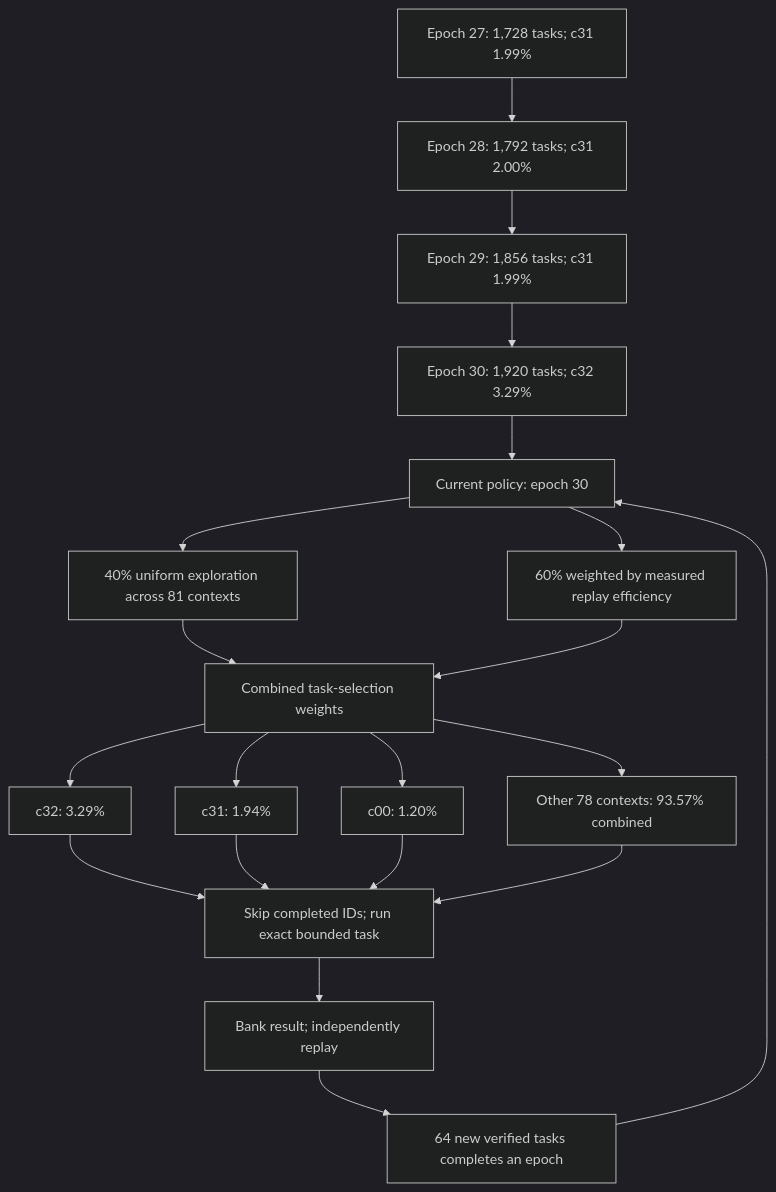
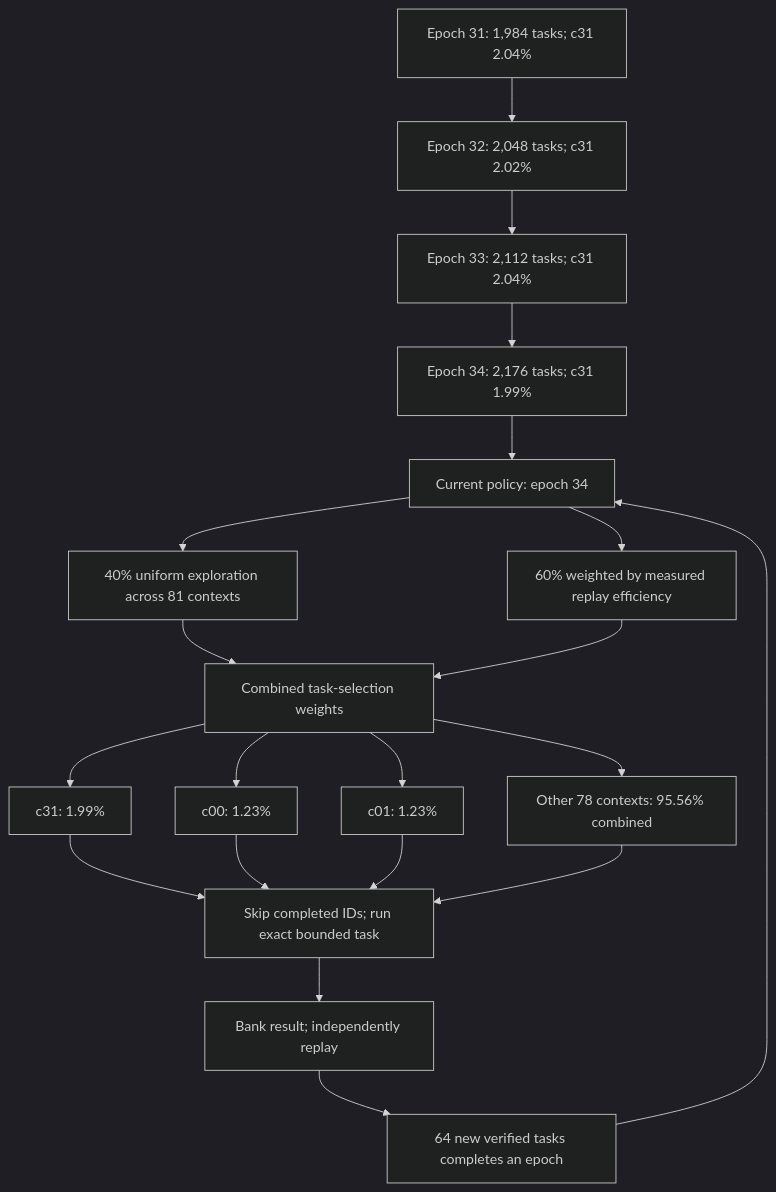
One commit to Kuberwastaken/math-gambling changed the diagram in README.md. Above: the diagram before and after it, drawn with Mermaid (dark theme). The commit also changed other lines of this file and 598 other files, not shown here.

````diff
--- a/README.md
+++ b/README.md
@@ -48,27 +48,27 @@
 ```mermaid
 flowchart TD
-    H0["Epoch 27: 1,728 tasks; c31 1.99%"]
-    H1["Epoch 28: 1,792 tasks; c31 2.00%"]
+    H0["Epoch 31: 1,984 tasks; c31 2.04%"]
+    H1["Epoch 32: 2,048 tasks; c31 2.02%"]
     H0 --> H1
-    H2["Epoch 29: 1,856 tasks; c31 1.99%"]
+    H2["Epoch 33: 2,112 tasks; c31 2.04%"]
     H1 --> H2
-    H3["Epoch 30: 1,920 tasks; c32 3.29%"]
+    H3["Epoch 34: 2,176 tasks; c31 1.99%"]
     H2 --> H3
-    Policy["Current policy: epoch 30"]
+    Policy["Current policy: epoch 34"]
     H3 --> Policy
     Policy --> Explore["40% uniform exploration across 81 contexts"]
     Policy --> Cost["60% weighted by measured replay efficiency"]
     Explore --> Mix["Combined task-selection weights"]
     Cost --> Mix
-    Mix --> C0["c32: 3.29%"]
-    Mix --> C1["c31: 1.94%"]
-    Mix --> C2["c00: 1.20%"]
-    Mix --> Rest["Other 78 contexts: 93.57% combined"]
+    Mix --> C0["c31: 1.99%"]
+    Mix --> C1["c00: 1.23%"]
+    Mix --> C2["c01: 1.23%"]
+    Mix --> Rest["Other 78 contexts: 95.56% combined"]
     C0 --> Check["Skip completed IDs; run exact bounded task"]
     C1 --> Check
     C2 --> Check
     Rest --> Check
     Check --> Replay["Bank result; independently replay"]
     Replay --> Gate["64 new verified tasks completes an epoch"]
     Gate --> Policy
 ```
````
